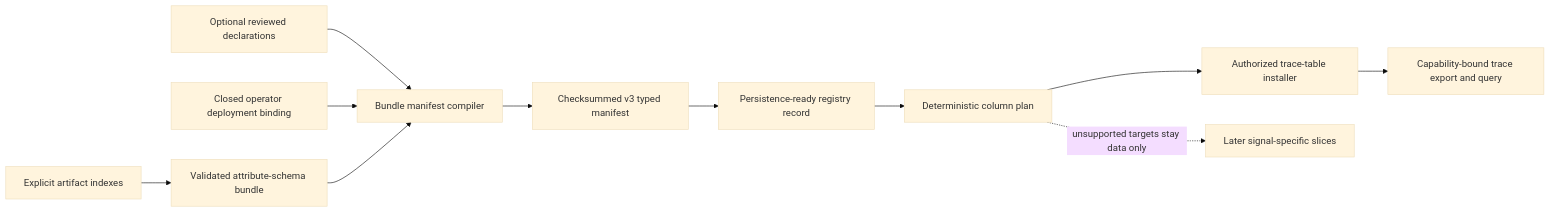
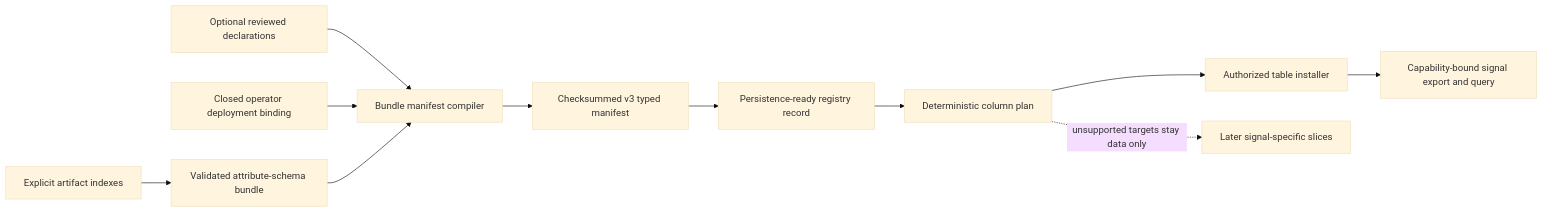
The diagram in docs/typed-attributes.md (chucklehead-dev/jolt-otel-clickhouse), drawn with Mermaid (base theme) before and after one commit. The commit also changed other lines of this file and 10 other files, not shown here.

````diff
--- a/docs/typed-attributes.md
+++ b/docs/typed-attributes.md
@@ -14,13 +15,13 @@
 ```mermaid
 flowchart LR
     A[Explicit artifact indexes] --> B[Validated attribute-schema bundle]
     C[Optional reviewed declarations] --> D[Bundle manifest compiler]
     E[Closed operator deployment binding] --> D
     B --> D
     D --> F[Checksummed v3 typed manifest]
     F --> G[Persistence-ready registry record]
     G --> H[Deterministic column plan]
-    H --> I[Authorized trace-table installer]
-    I --> J[Capability-bound trace export and query]
+    H --> I[Authorized table installer]
+    I --> J[Capability-bound signal export and query]
     H -. unsupported targets stay data only .-> K[Later signal-specific slices]
 ```
````
